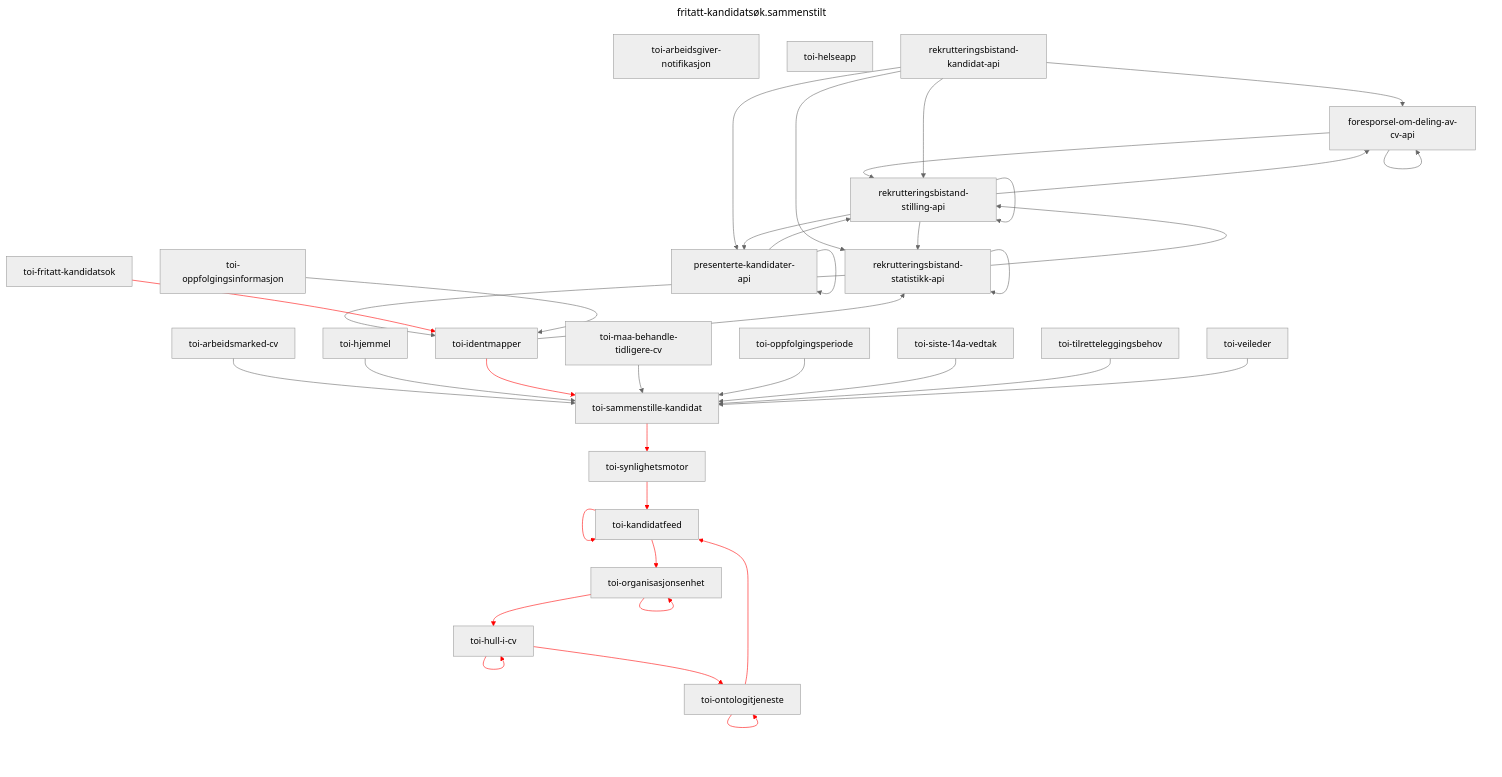
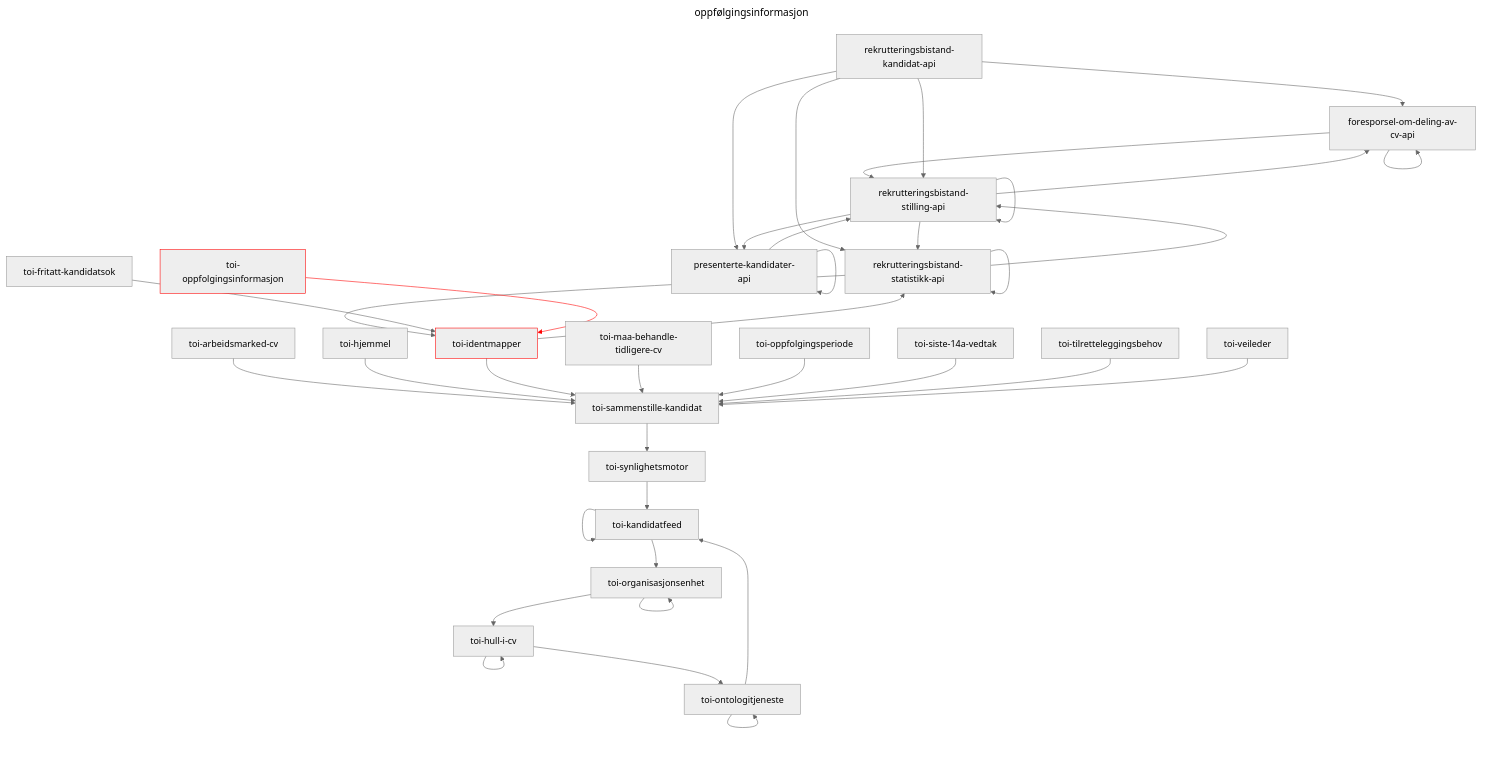
Before and after one commit to navikt/toi-rapids-and-rivers-grapher: the sixth of 34 diagrams in README.md, drawn with Mermaid (neutral theme). The commit also changed other lines of this file, not shown here.

````diff
--- a/README.md
+++ b/README.md
@@ -250,57 +223,45 @@
 ```mermaid
 ---
-title: fritatt-kandidatsøk.sammenstilt
+title: oppfølgingsinformasjon
 ---
 graph TD;
-toi-arbeidsgiver-notifikasjon;
-toi-helseapp;
 foresporsel-om-deling-av-cv-api --> foresporsel-om-deling-av-cv-api;
 foresporsel-om-deling-av-cv-api --> rekrutteringsbistand-stilling-api;
 presenterte-kandidater-api --> presenterte-kandidater-api;
 presenterte-kandidater-api --> rekrutteringsbistand-stilling-api;
 rekrutteringsbistand-kandidat-api --> foresporsel-om-deling-av-cv-api;
 rekrutteringsbistand-kandidat-api --> presenterte-kandidater-api;
 rekrutteringsbistand-kandidat-api --> rekrutteringsbistand-statistikk-api;
 rekrutteringsbistand-kandidat-api --> rekrutteringsbistand-stilling-api;
 rekrutteringsbistand-statistikk-api --> rekrutteringsbistand-statistikk-api;
 rekrutteringsbistand-statistikk-api --> rekrutteringsbistand-stilling-api;
 rekrutteringsbistand-statistikk-api --> toi-identmapper;
 rekrutteringsbistand-stilling-api --> foresporsel-om-deling-av-cv-api;
 rekrutteringsbistand-stilling-api --> presenterte-kandidater-api;
 rekrutteringsbistand-stilling-api --> rekrutteringsbistand-statistikk-api;
 rekrutteringsbistand-stilling-api --> rekrutteringsbistand-stilling-api;
 toi-arbeidsmarked-cv --> toi-sammenstille-kandidat;
 toi-fritatt-kandidatsok --> toi-identmapper;
 toi-hjemmel --> toi-sammenstille-kandidat;
 toi-hull-i-cv --> toi-hull-i-cv;
 toi-hull-i-cv --> toi-ontologitjeneste;
 toi-identmapper --> rekrutteringsbistand-statistikk-api;
 toi-identmapper --> toi-sammenstille-kandidat;
 toi-kandidatfeed --> toi-kandidatfeed;
 toi-kandidatfeed --> toi-organisasjonsenhet;
 toi-maa-behandle-tidligere-cv --> toi-sammenstille-kandidat;
 toi-ontologitjeneste --> toi-kandidatfeed;
 toi-ontologitjeneste --> toi-ontologitjeneste;
-toi-oppfolgingsinformasjon --> toi-identmapper;
+toi-oppfolgingsinformasjon:::x --> toi-identmapper:::x;
 toi-oppfolgingsperiode --> toi-sammenstille-kandidat;
 toi-organisasjonsenhet --> toi-hull-i-cv;
 toi-organisasjonsenhet --> toi-organisasjonsenhet;
 toi-sammenstille-kandidat --> toi-synlighetsmotor;
 toi-siste-14a-vedtak --> toi-sammenstille-kandidat;
 toi-synlighetsmotor --> toi-kandidatfeed;
 toi-tilretteleggingsbehov --> toi-sammenstille-kandidat;
 toi-veileder --> toi-sammenstille-kandidat;
 
-linkStyle 16 stroke:red;
-linkStyle 18 stroke:red;
-linkStyle 19 stroke:red;
-linkStyle 21 stroke:red;
-linkStyle 22 stroke:red;
-linkStyle 23 stroke:red;
-linkStyle 25 stroke:red;
-linkStyle 26 stroke:red;
-linkStyle 29 stroke:red;
-linkStyle 30 stroke:red;
-linkStyle 31 stroke:red;
-linkStyle 33 stroke:red;
+linkStyle 27 stroke:red;
+classDef x stroke: red;
 ```
````
